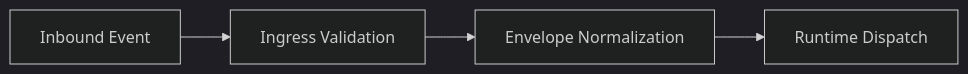
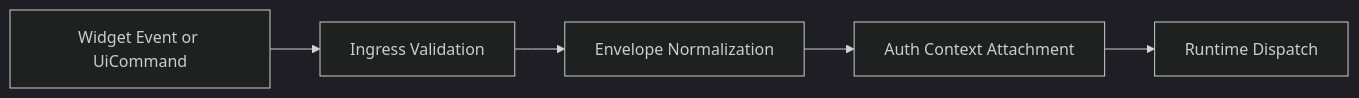
One commit to pcharbon70/jido_code_ui changed the diagram in specs/infrastructure/ui_runtime_substrate.md. Above: the diagram before and after it, drawn with Mermaid (dark theme). The commit also changed other lines of this file and 17 other files, not shown here.

````diff
--- a/specs/infrastructure/ui_runtime_substrate.md
+++ b/specs/infrastructure/ui_runtime_substrate.md
@@ -13,6 +13,7 @@
 ```mermaid
 flowchart LR
-  A[Inbound Event] --> B[Ingress Validation]
+  A[Widget Event or UiCommand] --> B[Ingress Validation]
   B --> C[Envelope Normalization]
-  C --> D[Runtime Dispatch]
+  C --> D[Auth Context Attachment]
+  D --> E[Runtime Dispatch]
 ```
````
